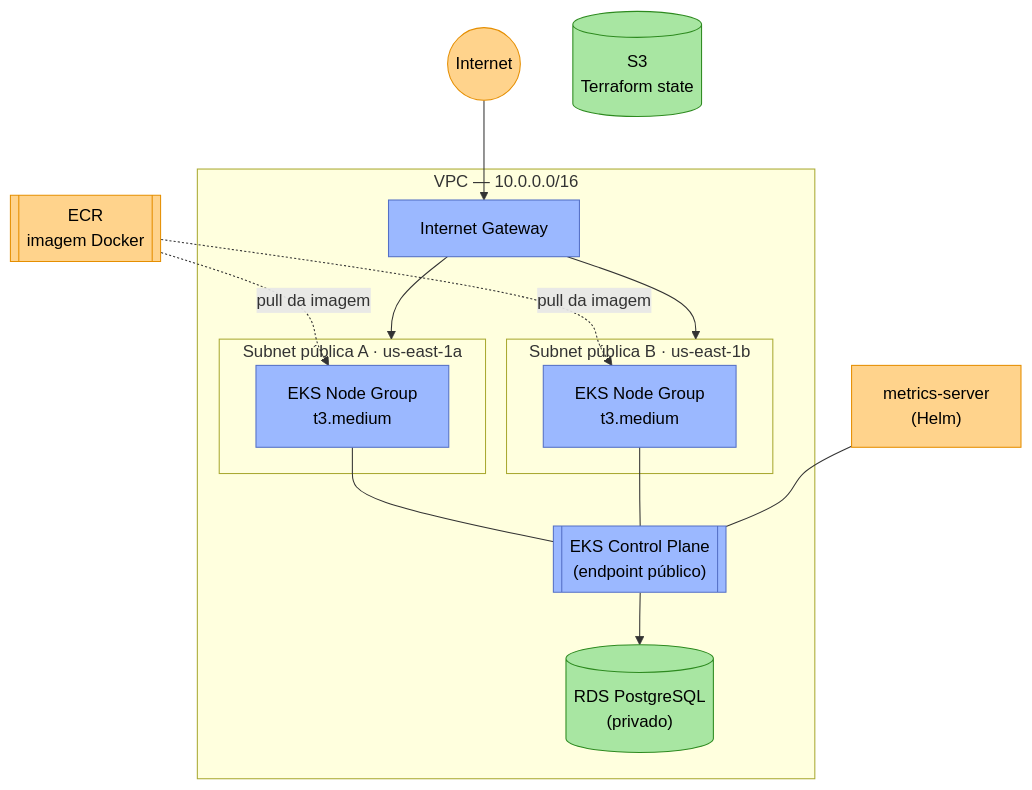
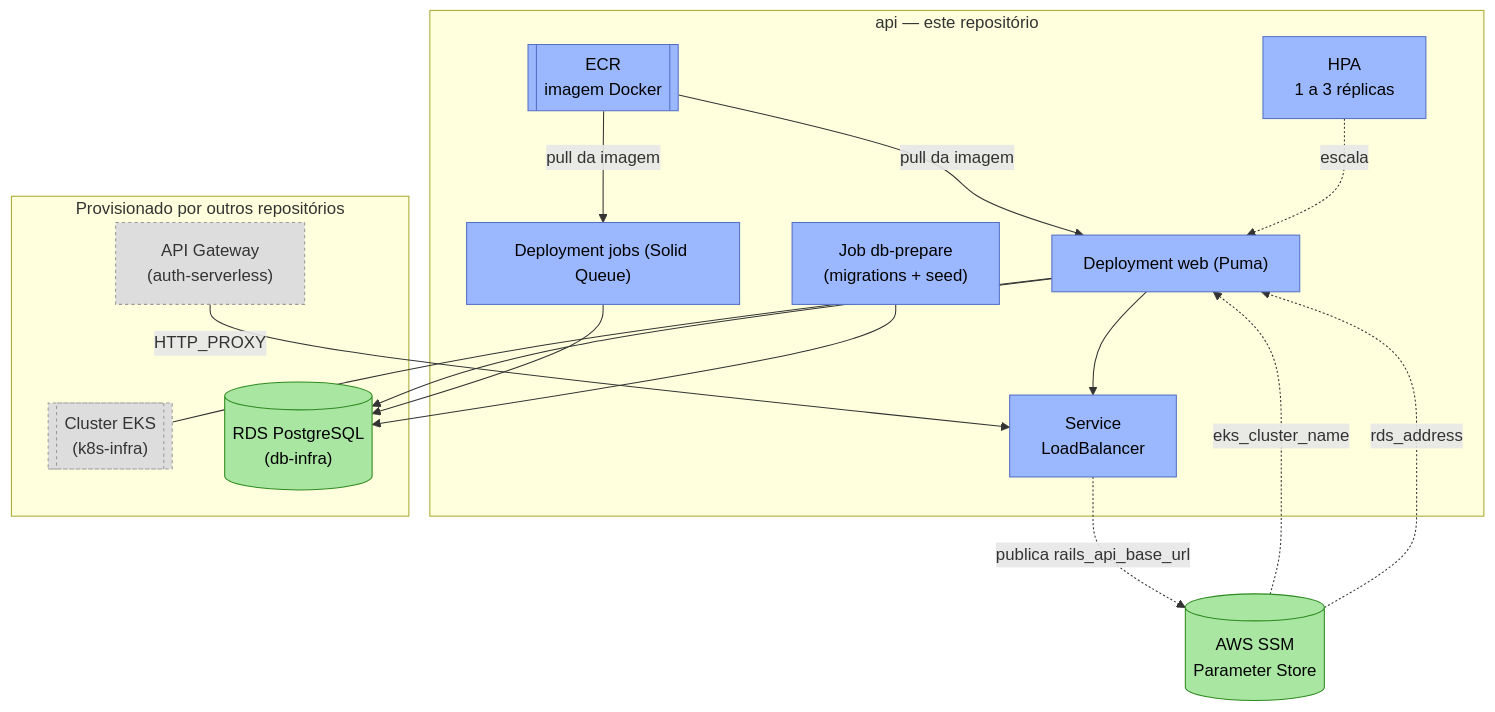
Before and after one commit to FIAP-15SOAT-GabrielHelton/api: the second of 4 diagrams in README.md, drawn with Mermaid. The commit also changed other lines of this file and 1 other file, not shown here.

````diff
--- a/README.md
+++ b/README.md
@@ -55,40 +85,38 @@
 ```mermaid
 flowchart TB
-    Internet((Internet))
-
-    subgraph VPC["VPC — 10.0.0.0/16"]
-        IGW["Internet Gateway"]
-
-        subgraph SubA["Subnet pública A · us-east-1a"]
-            NodeA["EKS Node Group\nt3.medium"]
-        end
-
-        subgraph SubB["Subnet pública B · us-east-1b"]
-            NodeB["EKS Node Group\nt3.medium"]
-        end
-
-        EKS[["EKS Control Plane\n(endpoint público)"]]
-        RDS[("RDS PostgreSQL\n(privado)")]
+    subgraph ThisRepo["api — este repositório"]
+        ECR[["ECR\nimagem Docker"]]
+        Web["Deployment web (Puma)"]
+        Jobs["Deployment jobs (Solid Queue)"]
+        DbPrepare["Job db-prepare\n(migrations + seed)"]
+        Svc["Service\nLoadBalancer"]
+        HPA["HPA\n1 a 3 réplicas"]
     end
 
-    ECR[["ECR\nimagem Docker"]]
-    MS["metrics-server\n(Helm)"]
-    S3[("S3\nTerraform state")]
+    subgraph Others["Provisionado por outros repositórios"]
+        EKS[["Cluster EKS\n(k8s-infra)"]]
+        RDS[("RDS PostgreSQL\n(db-infra)")]
+        APIGW["API Gateway\n(auth-serverless)"]
+    end
 
-    Internet --> IGW --> SubA
-    IGW --> SubB
-    NodeA --- EKS
-    NodeB --- EKS
-    EKS --> RDS
-    ECR -. pull da imagem .-> NodeA
-    ECR -. pull da imagem .-> NodeB
-    MS --- EKS
+    SSM[("AWS SSM\nParameter Store")]
 
-    classDef net fill:#9bb8ff,stroke:#5470c6,color:#000
+    SSM -. eks_cluster_name .-> Web
+    SSM -. rds_address .-> Web
+    ECR -- pull da imagem --> Web
+    ECR -- pull da imagem --> Jobs
+    Web & Jobs & DbPrepare --> RDS
+    Web --- EKS
+    HPA -. escala .-> Web
+    Web --> Svc
+    Svc -. publica rails_api_base_url .-> SSM
+    APIGW -- HTTP_PROXY --> Svc
+
+    classDef repo fill:#9bb8ff,stroke:#5470c6,color:#000
+    classDef ext fill:#dddddd,stroke:#999999,color:#333,stroke-dasharray: 3 3
     classDef db fill:#a8e6a2,stroke:#2d8a1f,color:#000
-    classDef ext fill:#ffd38c,stroke:#e58e00,color:#000
 
-    class IGW,NodeA,NodeB,EKS net
-    class RDS,S3 db
-    class ECR,MS,Internet ext
+    class ECR,Web,Jobs,DbPrepare,Svc,HPA repo
+    class EKS,APIGW ext
+    class RDS,SSM db
 ```
````
